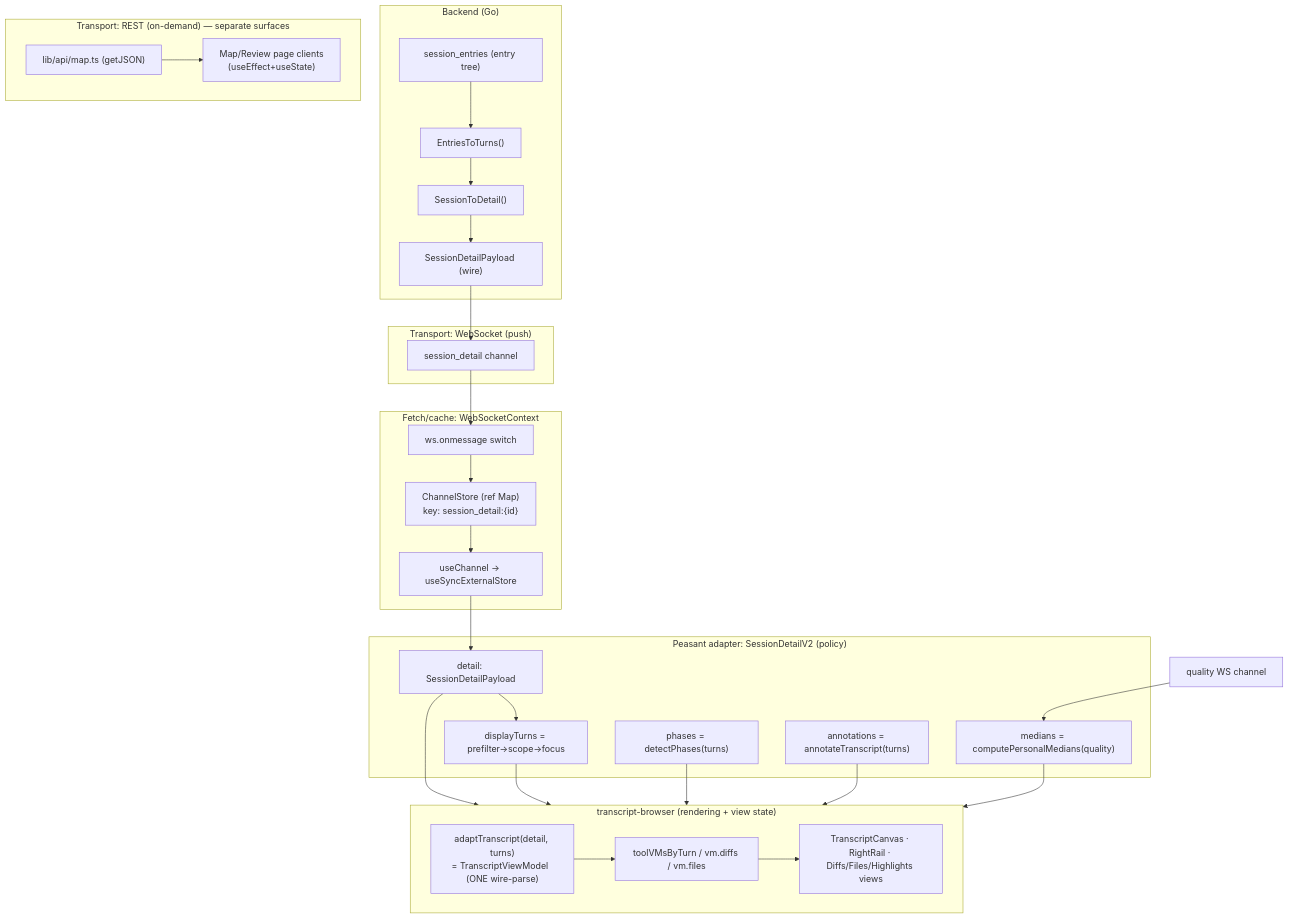
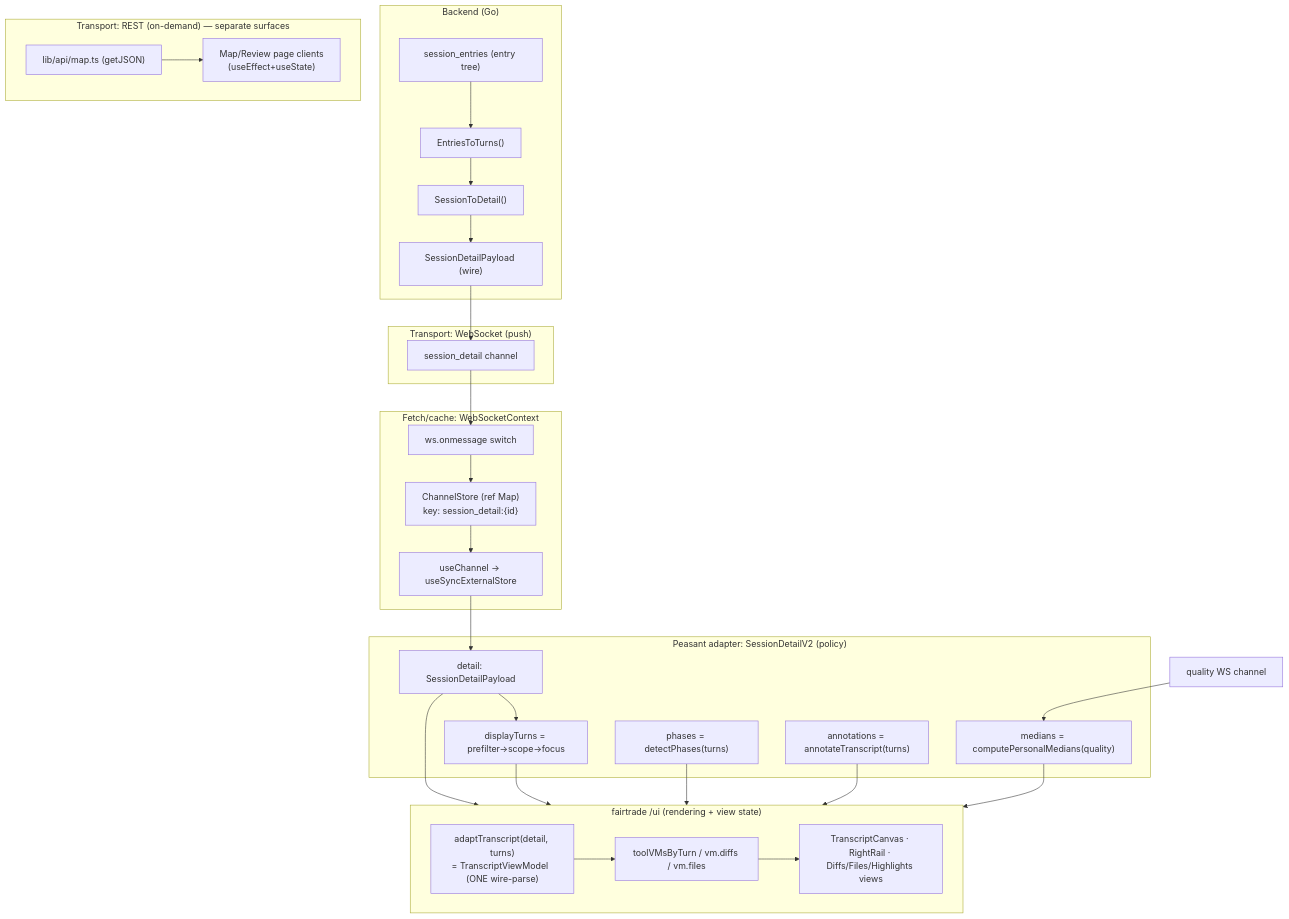
The first of 3 diagrams in web/docs/data-binding.md (peasant-labs/peasant), drawn with Mermaid before and after one commit. The commit also changed other lines of this file and 23 other files, not shown here.

First line of the commit message:
refactor(web): import the transcript graph and helpers from fairtrade 0.0.18 (#228)

````diff
--- a/web/docs/data-binding.md
+++ b/web/docs/data-binding.md
@@ -111,52 +110,52 @@
 ```mermaid
 flowchart TD
   subgraph BE["Backend (Go)"]
     ENT["session_entries (entry tree)"]
     E2T["EntriesToTurns()"]
     S2D["SessionToDetail()"]
     PAY["SessionDetailPayload (wire)"]
     ENT --> E2T --> S2D --> PAY
   end
 
   subgraph WS["Transport: WebSocket (push)"]
     HUB["session_detail channel"]
   end
   PAY --> HUB
 
   subgraph FC["Fetch/cache: WebSocketContext"]
     ONMSG["ws.onmessage switch"]
     STORE["ChannelStore (ref Map)\nkey: session_detail:{id}"]
     SYNC["useChannel → useSyncExternalStore"]
     ONMSG --> STORE --> SYNC
   end
   HUB --> ONMSG
 
   subgraph PEAS["Peasant adapter: SessionDetailV2 (policy)"]
     DETAIL["detail: SessionDetailPayload"]
     TURNS["displayTurns = prefilter→scope→focus"]
     PHASE["phases = detectPhases(turns)"]
     ANN["annotations = annotateTranscript(turns)"]
     MED["medians = computePersonalMedians(quality)"]
     DETAIL --> TURNS
   end
   SYNC --> DETAIL
   QWS["quality WS channel"] --> MED
 
-  subgraph TBROWSER["transcript-browser <SessionDetail> (rendering + view state)"]
+  subgraph FTUI["fairtrade /ui <TranscriptViewer> (rendering + view state)"]
     VM["adaptTranscript(detail, turns)\n= TranscriptViewModel  (ONE wire-parse)"]
     TVT["toolVMsByTurn / vm.diffs / vm.files"]
     DUMB["TranscriptCanvas · RightRail · Diffs/Files/Highlights views"]
     VM --> TVT --> DUMB
   end
-  DETAIL --> TBROWSER
-  TURNS --> TBROWSER
-  PHASE --> TBROWSER
-  ANN --> TBROWSER
-  MED --> TBROWSER
+  DETAIL --> FTUI
+  TURNS --> FTUI
+  PHASE --> FTUI
+  ANN --> FTUI
+  MED --> FTUI
 
   subgraph REST["Transport: REST (on-demand) — separate surfaces"]
     MAPAPI["lib/api/map.ts (getJSON)"]
     MAPUI["Map/Review page clients\n(useEffect+useState)"]
     MAPAPI --> MAPUI
   end
 ```
````
